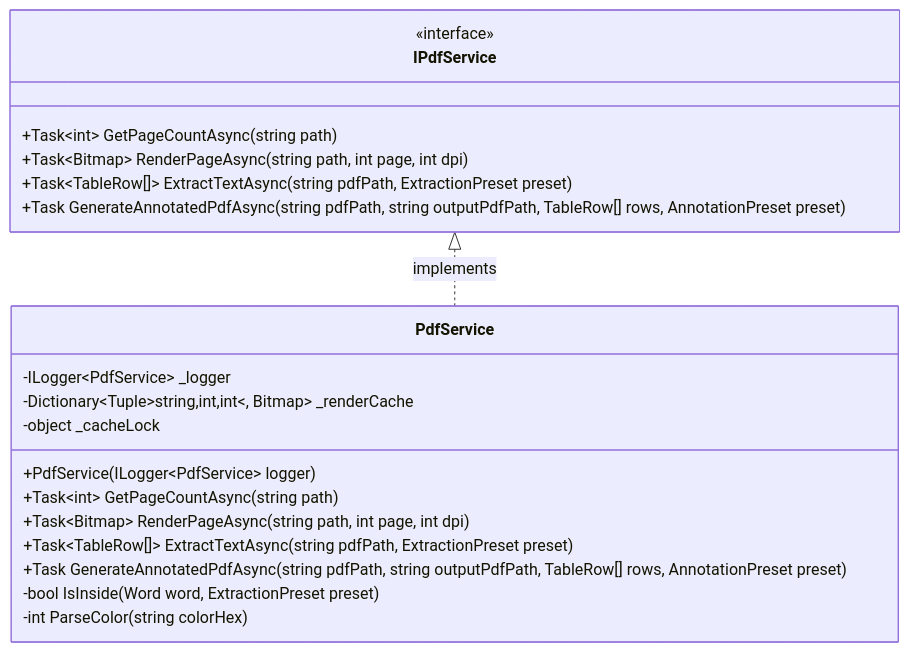
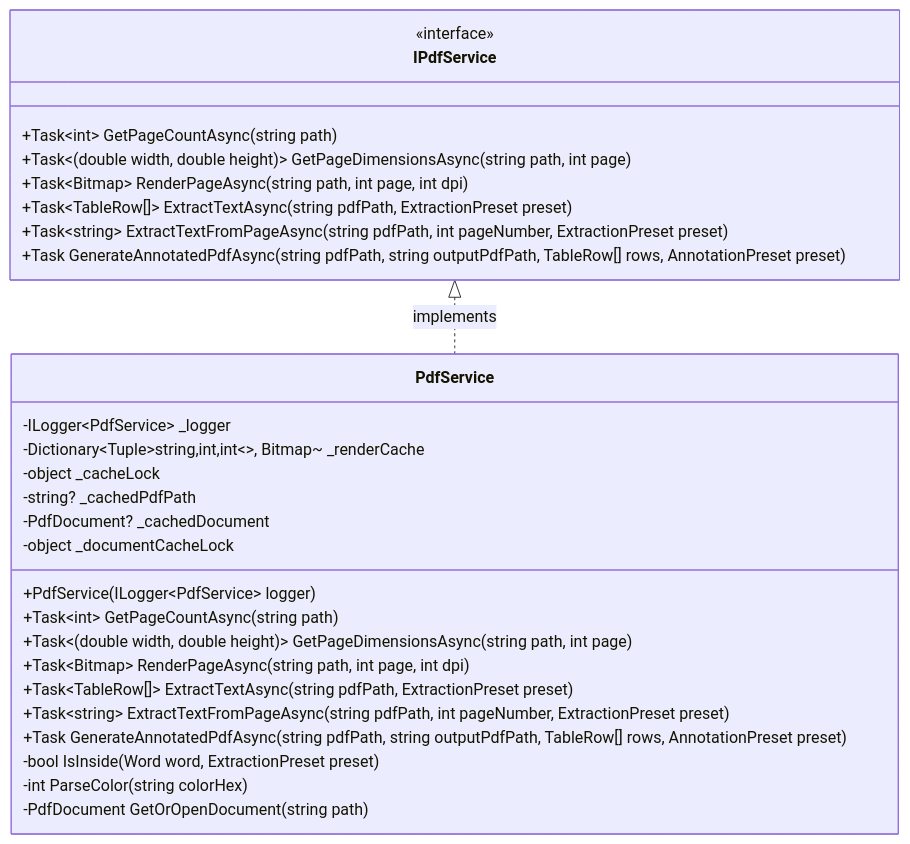
The second of 6 diagrams in .qoder/repowiki/en/content/Core Services/PDF Service.md (Kibnet/PDFAnnotator), drawn with Mermaid before and after one commit. The commit also changed other lines of this file and 4 other files, not shown here.

First line of the commit message:
feat(pdf-service): add text direction control and caching improvements

````diff
--- a/.qoder/repowiki/en/content/Core Services/PDF Service.md
+++ b/.qoder/repowiki/en/content/Core Services/PDF Service.md
@@ -85,23 +95,31 @@
 ```mermaid
 classDiagram
 class IPdfService {
 <<interface>>
 +Task~int~ GetPageCountAsync(string path)
++Task~(double width, double height)~ GetPageDimensionsAsync(string path, int page)
 +Task~Bitmap~ RenderPageAsync(string path, int page, int dpi)
 +Task~TableRow[]~ ExtractTextAsync(string pdfPath, ExtractionPreset preset)
++Task~string~ ExtractTextFromPageAsync(string pdfPath, int pageNumber, ExtractionPreset preset)
 +Task GenerateAnnotatedPdfAsync(string pdfPath, string outputPdfPath, TableRow[] rows, AnnotationPreset preset)
 }
 class PdfService {
 -ILogger~PdfService~ _logger
--Dictionary~Tuple~string,int,int~, Bitmap~ _renderCache
+-Dictionary~Tuple~string,int,int~~, Bitmap~ _renderCache
 -object _cacheLock
+-string? _cachedPdfPath
+-PdfDocument? _cachedDocument
+-object _documentCacheLock
 +PdfService(ILogger~PdfService~ logger)
 +Task~int~ GetPageCountAsync(string path)
++Task~(double width, double height)~ GetPageDimensionsAsync(string path, int page)
 +Task~Bitmap~ RenderPageAsync(string path, int page, int dpi)
 +Task~TableRow[]~ ExtractTextAsync(string pdfPath, ExtractionPreset preset)
++Task~string~ ExtractTextFromPageAsync(string pdfPath, int pageNumber, ExtractionPreset preset)
 +Task GenerateAnnotatedPdfAsync(string pdfPath, string outputPdfPath, TableRow[] rows, AnnotationPreset preset)
 -bool IsInside(Word word, ExtractionPreset preset)
 -int ParseColor(string colorHex)
+-PdfDocument GetOrOpenDocument(string path)
 }
 IPdfService <|.. PdfService : implements
 ```
````
